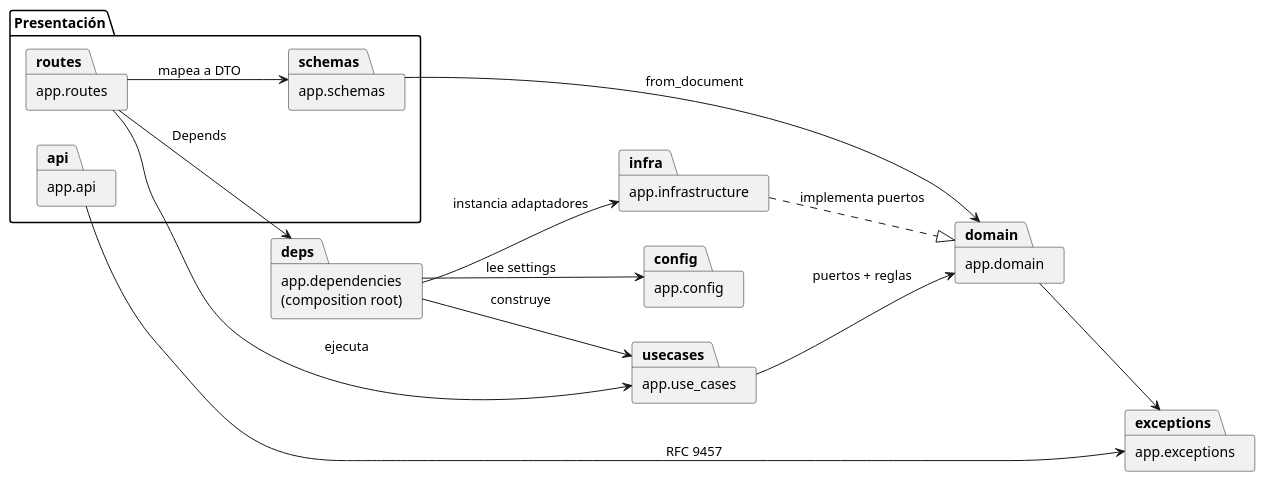
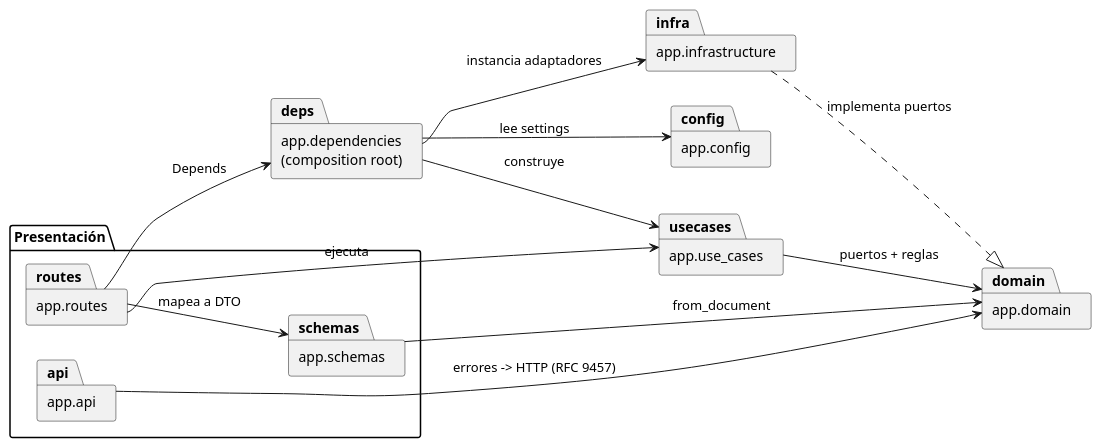
One commit to Zindorg/pdf-extractext changed the diagram in documents/packages_pdf-extractext.puml. Above: the diagram before and after it, drawn with PlantUML. The commit also changed 3 other files, not shown here.

```diff
--- a/documents/packages_pdf-extractext.puml
+++ b/documents/packages_pdf-extractext.puml
@@ -1,33 +1,31 @@
 @startuml packages_pdf-extractext
 set namespaceSeparator none
 skinparam packageStyle folder
 left to right direction
 
 package "Presentación" {
   package "app.routes" as routes
   package "app.schemas" as schemas
   package "app.api" as api
 }
 package "app.dependencies\n(composition root)" as deps
 package "app.use_cases" as usecases
 package "app.domain" as domain
 package "app.infrastructure" as infra
 package "app.config" as config
-package "app.exceptions" as exceptions
 
 routes --> usecases : ejecuta
 routes --> schemas : mapea a DTO
 routes --> deps : Depends
 schemas --> domain : from_document
+api --> domain : errores -> HTTP (RFC 9457)
 
 deps --> usecases : construye
 deps --> infra : instancia adaptadores
 deps --> config : lee settings
 
 usecases --> domain : puertos + reglas
 
 infra ..|> domain : implementa puertos
-api --> exceptions : RFC 9457
-domain --> exceptions
 
 @enduml
```
